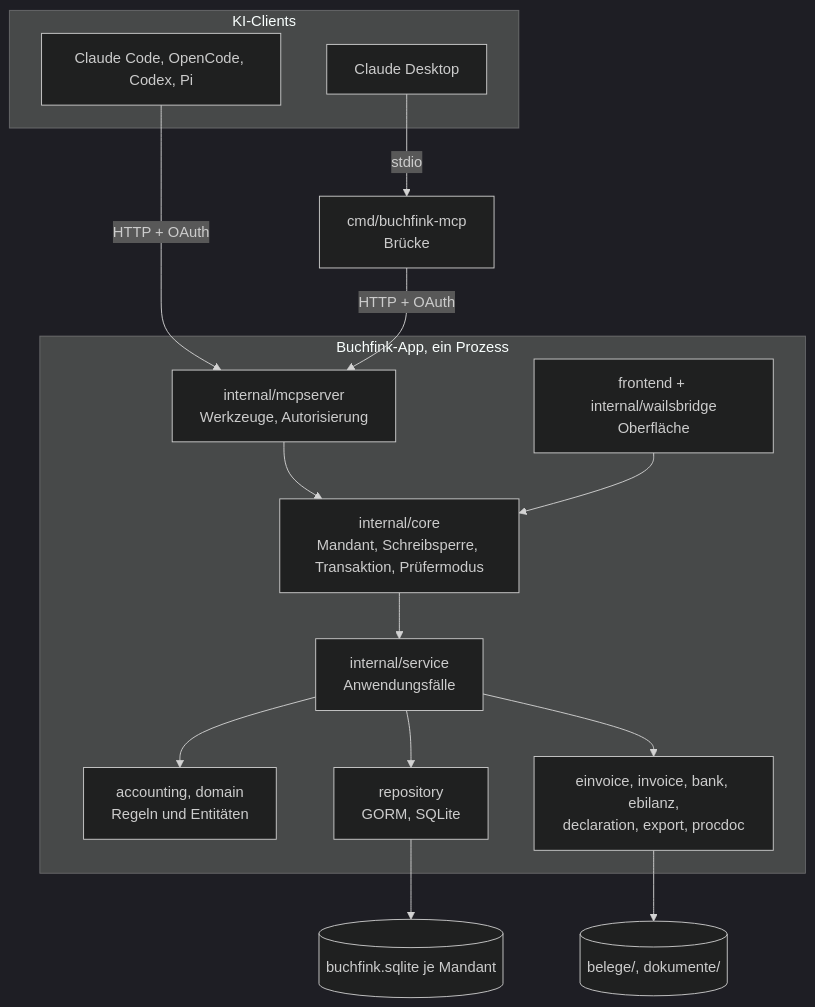
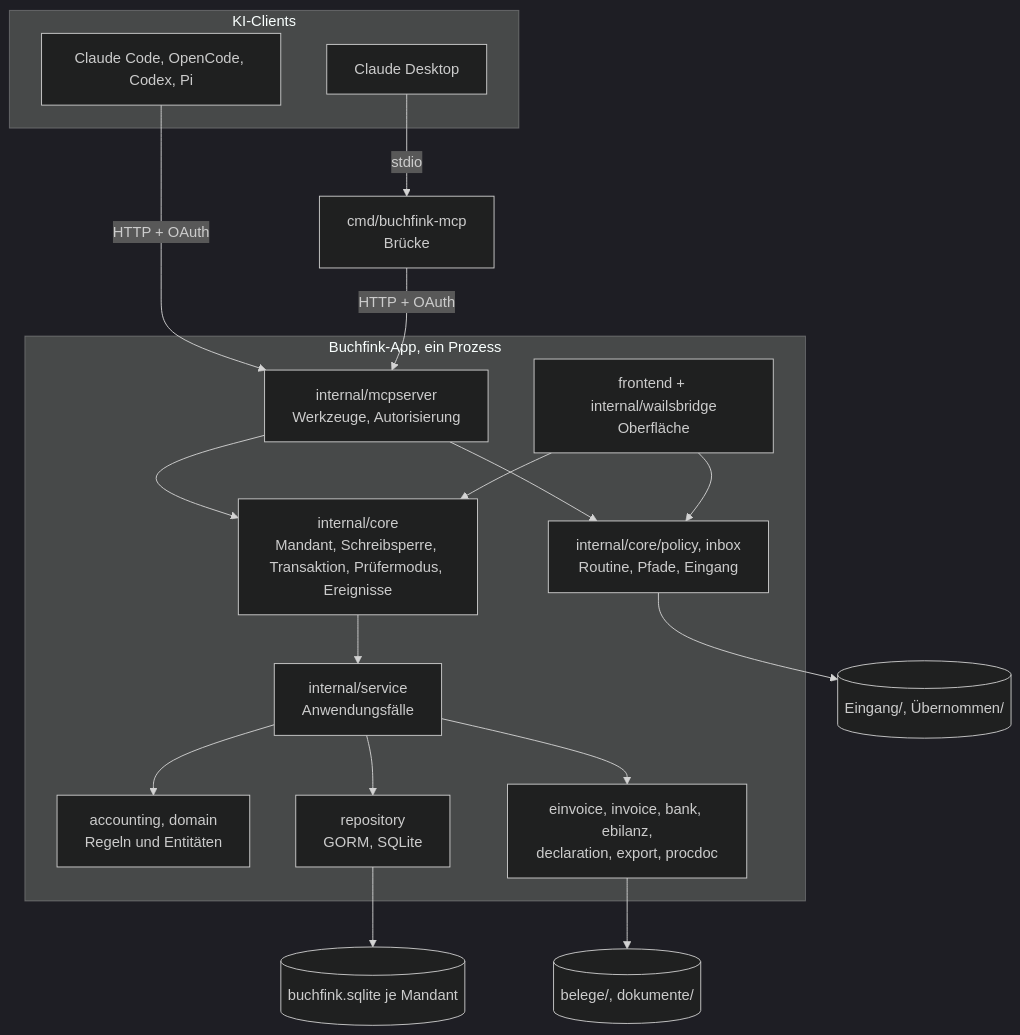
The first of 2 diagrams in docs/entwicklung/architektur.md (mxzinke/buchfink), drawn with Mermaid (dark theme) before and after one commit. The commit also changed other lines of this file and 4 other files, not shown here.

First line of the commit message:
docs(entwicklung): Eingang, Live-Ereignis und neue Freigaben in MCP-Seite und Architektur

````diff
--- a/docs/entwicklung/architektur.md
+++ b/docs/entwicklung/architektur.md
@@ -25,23 +26,26 @@
 ```mermaid
 flowchart TB
     subgraph Clients["KI-Clients"]
         CC["Claude Code, OpenCode, Codex, Pi"]
         CD["Claude Desktop"]
     end
     CD -- stdio --> BR["cmd/buchfink-mcp<br/>Brücke"]
     CC -- "HTTP + OAuth" --> MCP
     BR -- "HTTP + OAuth" --> MCP
     subgraph App["Buchfink-App, ein Prozess"]
         MCP["internal/mcpserver<br/>Werkzeuge, Autorisierung"]
         UI["frontend + internal/wailsbridge<br/>Oberfläche"]
         MCP --> CORE
         UI --> CORE
-        CORE["internal/core<br/>Mandant, Schreibsperre, Transaktion, Prüfermodus"]
+        MCP --> POL["internal/core/policy, inbox<br/>Routine, Pfade, Eingang"]
+        UI --> POL
+        CORE["internal/core<br/>Mandant, Schreibsperre, Transaktion, Prüfermodus, Ereignisse"]
         CORE --> SVC["internal/service<br/>Anwendungsfälle"]
         SVC --> ACC["accounting, domain<br/>Regeln und Entitäten"]
         SVC --> REP["repository<br/>GORM, SQLite"]
         SVC --> FMT["einvoice, invoice, bank, ebilanz,<br/>declaration, export, procdoc"]
     end
     REP --> DB[("buchfink.sqlite je Mandant")]
     FMT --> FS[("belege/, dokumente/")]
+    POL --> IN[("Eingang/, Übernommen/")]
 ```
````
